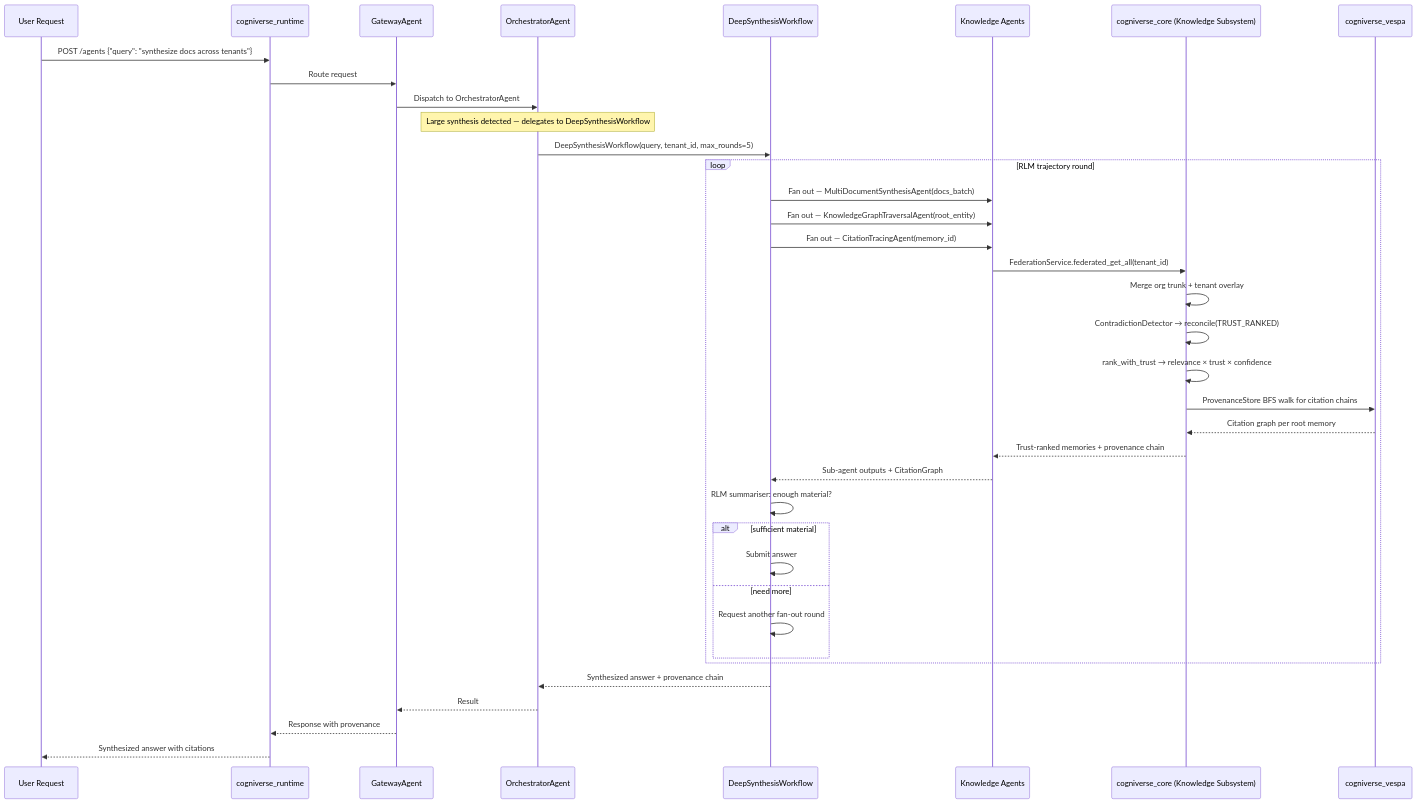
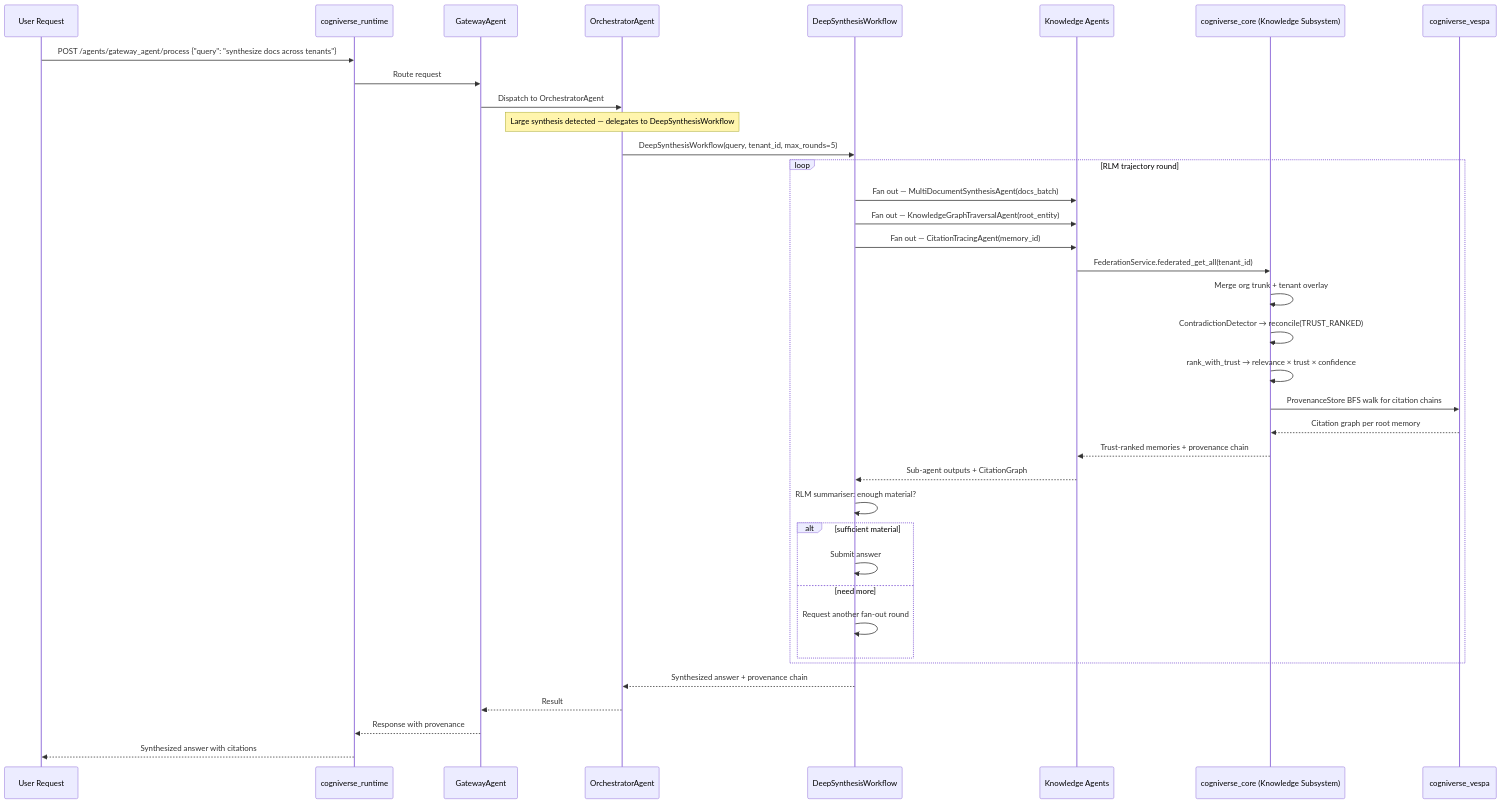
One commit to amit-jain/cogniverse changed diagram 11 of 20 in docs/diagrams/sdk-architecture-diagrams.md. Above: the diagram before and after it, drawn with Mermaid. The commit also changed other lines of this file and 19 other files, not shown here.

````diff
--- a/docs/diagrams/sdk-architecture-diagrams.md
+++ b/docs/diagrams/sdk-architecture-diagrams.md
@@ -636,47 +662,47 @@
 ```mermaid
 sequenceDiagram
     participant User as User Request
     participant Runtime as cogniverse_runtime
     participant Gateway as GatewayAgent
     participant Orchestrator as OrchestratorAgent
     participant DSW as DeepSynthesisWorkflow
     participant KAgents as Knowledge Agents
     participant Core as cogniverse_core (Knowledge Subsystem)
     participant Vespa as cogniverse_vespa
 
-    User->>Runtime: POST /agents {"query": "synthesize docs across tenants"}
+    User->>Runtime: POST /agents/gateway_agent/process {"query": "synthesize docs across tenants"}
 
     Runtime->>Gateway: Route request
     Gateway->>Orchestrator: Dispatch to OrchestratorAgent
 
     Note over Orchestrator: Large synthesis detected — delegates to DeepSynthesisWorkflow
     Orchestrator->>DSW: DeepSynthesisWorkflow(query, tenant_id, max_rounds=5)
 
     loop RLM trajectory round
         DSW->>KAgents: Fan out — MultiDocumentSynthesisAgent(docs_batch)
         DSW->>KAgents: Fan out — KnowledgeGraphTraversalAgent(root_entity)
         DSW->>KAgents: Fan out — CitationTracingAgent(memory_id)
 
         KAgents->>Core: FederationService.federated_get_all(tenant_id)
         Core->>Core: Merge org trunk + tenant overlay
         Core->>Core: ContradictionDetector → reconcile(TRUST_RANKED)
         Core->>Core: rank_with_trust → relevance × trust × confidence
         Core->>Vespa: ProvenanceStore BFS walk for citation chains
         Vespa-->>Core: Citation graph per root memory
         Core-->>KAgents: Trust-ranked memories + provenance chain
 
         KAgents-->>DSW: Sub-agent outputs + CitationGraph
 
         DSW->>DSW: RLM summariser: enough material?
         alt sufficient material
             DSW->>DSW: Submit answer
         else need more
             DSW->>DSW: Request another fan-out round
         end
     end
 
     DSW-->>Orchestrator: Synthesized answer + provenance chain
     Orchestrator-->>Gateway: Result
     Gateway-->>Runtime: Response with provenance
     Runtime-->>User: Synthesized answer with citations
 ```
````
